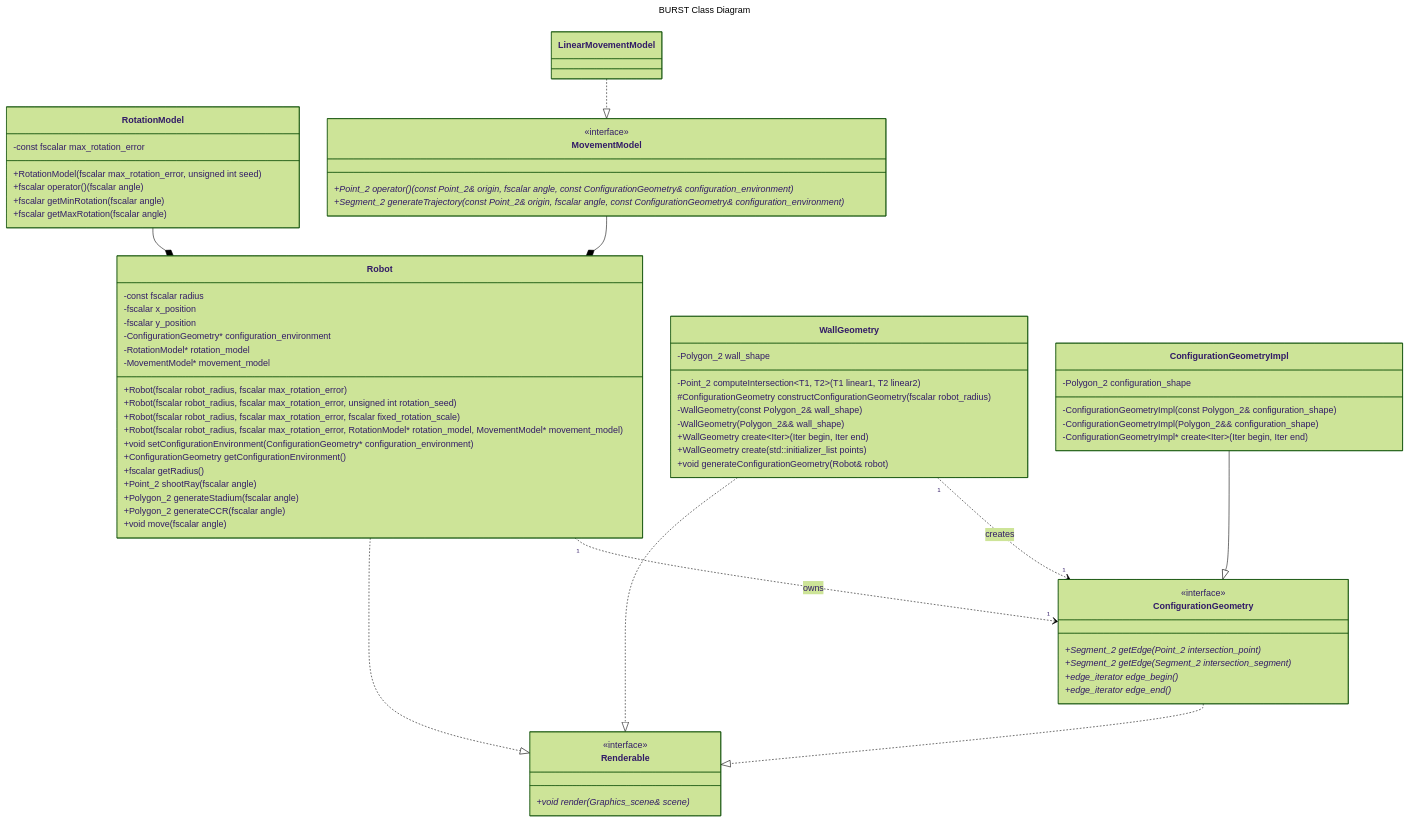
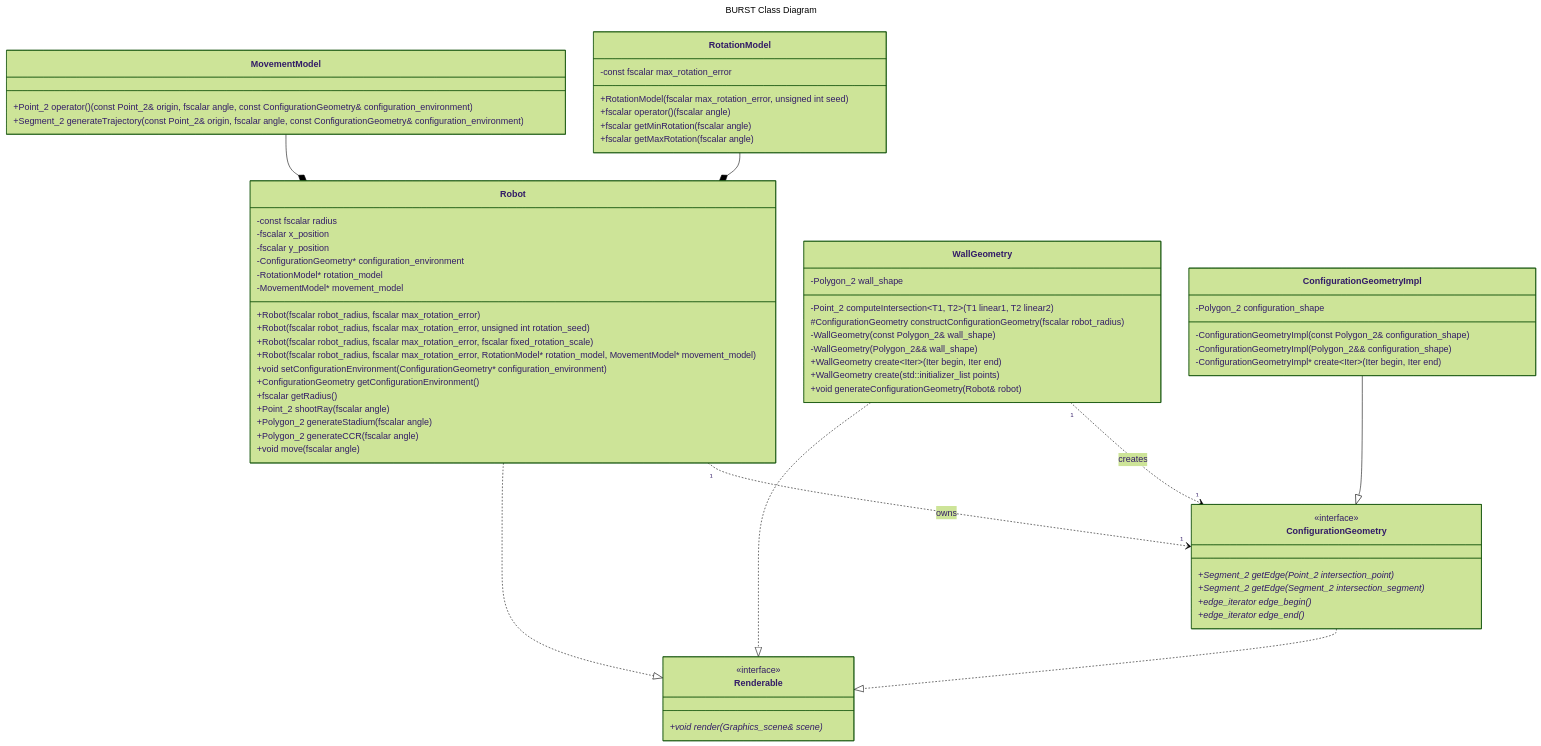
Before and after one commit to KedarPanchal/DAIR-BURST: the diagram in docs/DESIGN.md, drawn with Mermaid (forest theme). The commit also changed 1 other file, not shown here.

Commit message:
Template out MovementModel derived classes

```diff
--- a/docs/DESIGN.md
+++ b/docs/DESIGN.md
@@ -29,13 +29,9 @@
     }
     
     class MovementModel {
-        +Point_2 operator() (const Point_2& origin, fscalar angle, const ConfigurationGeometry& configuration_environment)*
-        +Segment_2 generateTrajectory(const Point_2& origin, fscalar angle, const ConfigurationGeometry& configuration_environment)*
+        +Point_2 operator() (const Point_2& origin, fscalar angle, const ConfigurationGeometry& configuration_environment)
+        +Segment_2 generateTrajectory(const Point_2& origin, fscalar angle, const ConfigurationGeometry& configuration_environment)
     }
-    <<interface>> MovementModel
-
-    class LinearMovementModel
-    LinearMovementModel ..|> MovementModel
 
     class Renderable {
         +void render(Graphics_scene& scene)*
```
